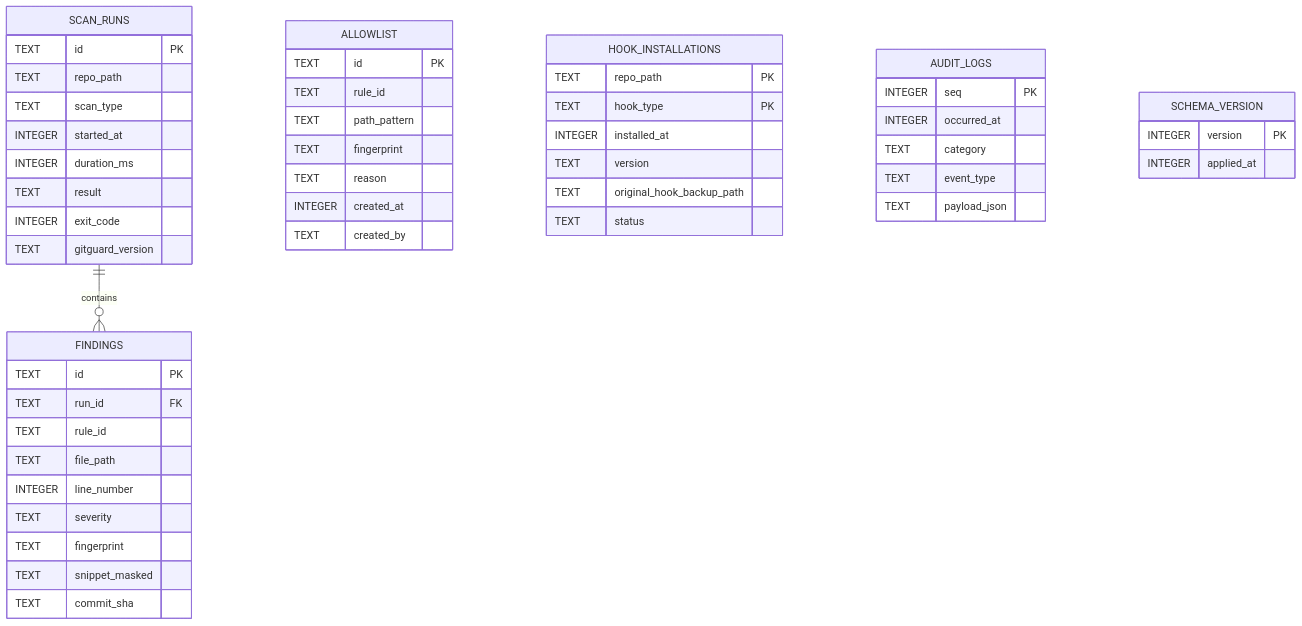
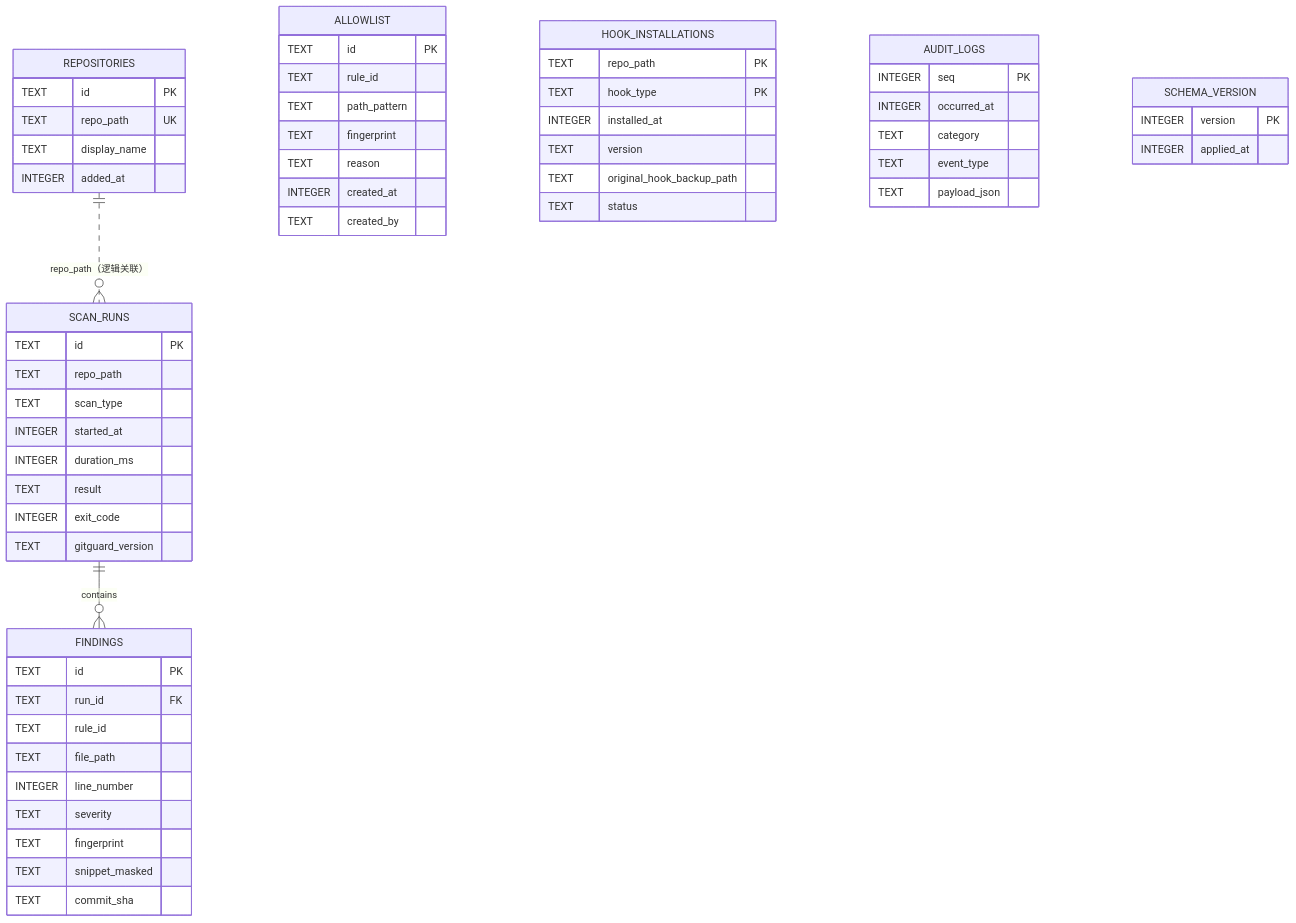
One commit to Camefor/GitGuard changed the diagram in docs/05-数据库设计.md. Above: the diagram before and after it, drawn with Mermaid. The commit also changed other lines of this file and 39 other files, not shown here.

````diff
--- a/docs/05-数据库设计.md
+++ b/docs/05-数据库设计.md
@@ -19,53 +19,60 @@
 ```mermaid
 erDiagram
     SCAN_RUNS ||--o{ FINDINGS : contains
+    REPOSITORIES ||..o{ SCAN_RUNS : "repo_path（逻辑关联）"
     SCAN_RUNS {
         TEXT id PK
         TEXT repo_path
         TEXT scan_type
         INTEGER started_at
         INTEGER duration_ms
         TEXT result
         INTEGER exit_code
         TEXT gitguard_version
+    }
+    REPOSITORIES {
+        TEXT id PK
+        TEXT repo_path UK
+        TEXT display_name
+        INTEGER added_at
     }
     FINDINGS {
         TEXT id PK
         TEXT run_id FK
         TEXT rule_id
         TEXT file_path
         INTEGER line_number
         TEXT severity
         TEXT fingerprint
         TEXT snippet_masked
         TEXT commit_sha
     }
     ALLOWLIST {
         TEXT id PK
         TEXT rule_id
         TEXT path_pattern
         TEXT fingerprint
         TEXT reason
         INTEGER created_at
         TEXT created_by
     }
     HOOK_INSTALLATIONS {
         TEXT repo_path PK
         TEXT hook_type PK
         INTEGER installed_at
         TEXT version
         TEXT original_hook_backup_path
         TEXT status
     }
     AUDIT_LOGS {
         INTEGER seq PK
         INTEGER occurred_at
         TEXT category
         TEXT event_type
         TEXT payload_json
     }
     SCHEMA_VERSION {
         INTEGER version PK
         INTEGER applied_at
     }
 ```
````
